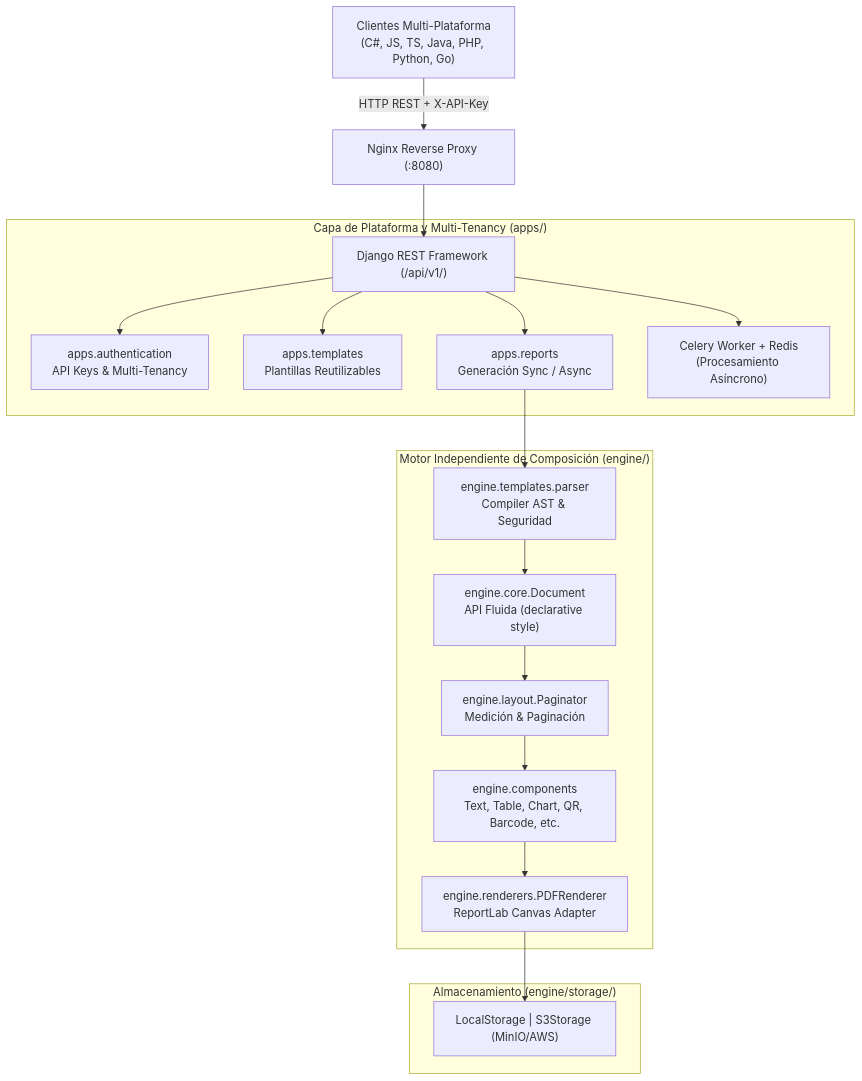
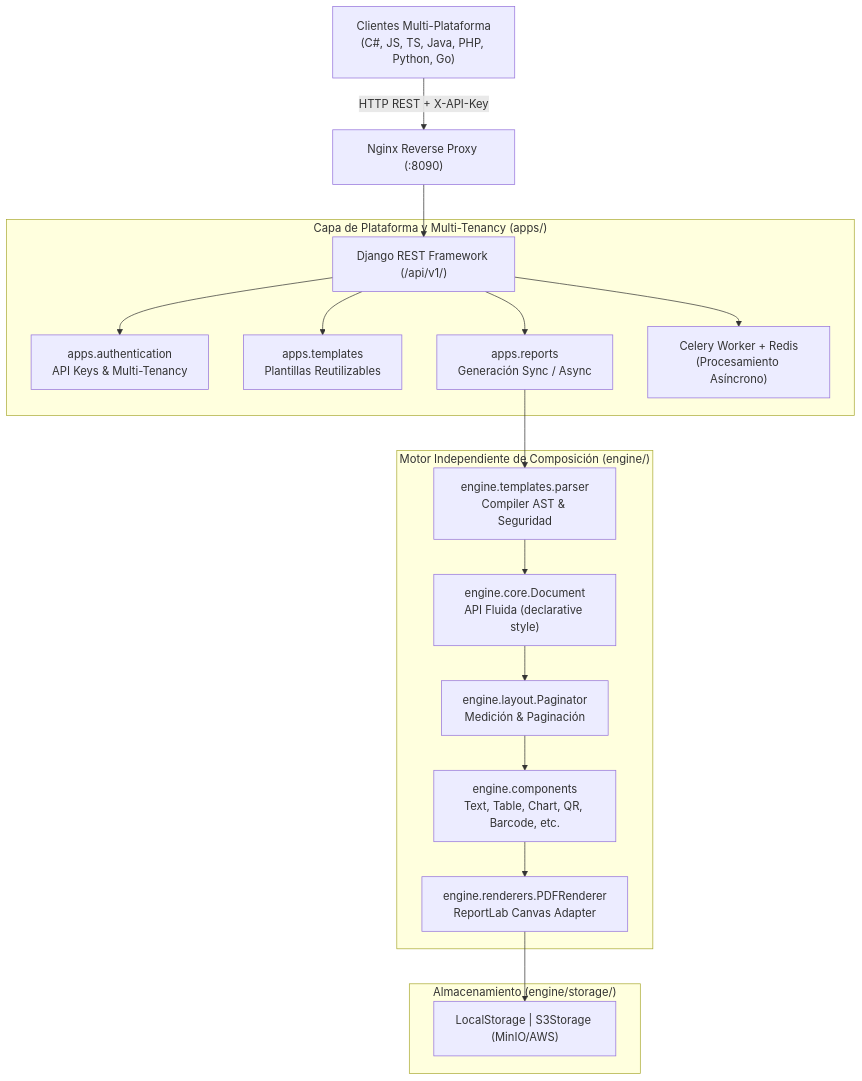
One commit to CodePro47RD/FlowPDF changed the diagram in README.md. Above: the diagram before and after it, drawn with Mermaid. The commit also changed other lines of this file and 5 other files, not shown here.

````diff
--- a/README.md
+++ b/README.md
@@ -90,24 +90,24 @@
 ```mermaid
 flowchart TD
-    Client["Clientes Multi-Plataforma<br/>(C#, JS, TS, Java, PHP, Python, Go)"] -->|HTTP REST + X-API-Key| Gateway["Nginx Reverse Proxy (:8080)"]
+    Client["Clientes Multi-Plataforma<br/>(C#, JS, TS, Java, PHP, Python, Go)"] -->|HTTP REST + X-API-Key| Gateway["Nginx Reverse Proxy (:8090)"]
     Gateway --> DRF["Django REST Framework (/api/v1/)"]
 
     subgraph Django_Layer["Capa de Plataforma y Multi-Tenancy (apps/)"]
         DRF --> Auth["apps.authentication<br/>API Keys & Multi-Tenancy"]
         DRF --> Tpl["apps.templates<br/>Plantillas Reutilizables"]
         DRF --> Rep["apps.reports<br/>Generación Sync / Async"]
         DRF --> Celery["Celery Worker + Redis<br/>(Procesamiento Asíncrono)"]
     end
 
     subgraph Engine_Layer["Motor Independiente de Composición (engine/)"]
         Rep --> Compiler["engine.templates.parser<br/>Compiler AST & Seguridad"]
         Compiler --> Doc["engine.core.Document<br/>API Fluida (declarative style)"]
         Doc --> Paginator["engine.layout.Paginator<br/>Medición & Paginación"]
         Paginator --> Components["engine.components<br/>Text, Table, Chart, QR, Barcode, etc."]
         Components --> Renderer["engine.renderers.PDFRenderer<br/>ReportLab Canvas Adapter"]
     end
 
     subgraph Storage_Layer["Almacenamiento (engine/storage/)"]
         Renderer --> Storage["LocalStorage | S3Storage (MinIO/AWS)"]
     end
 ```
````
